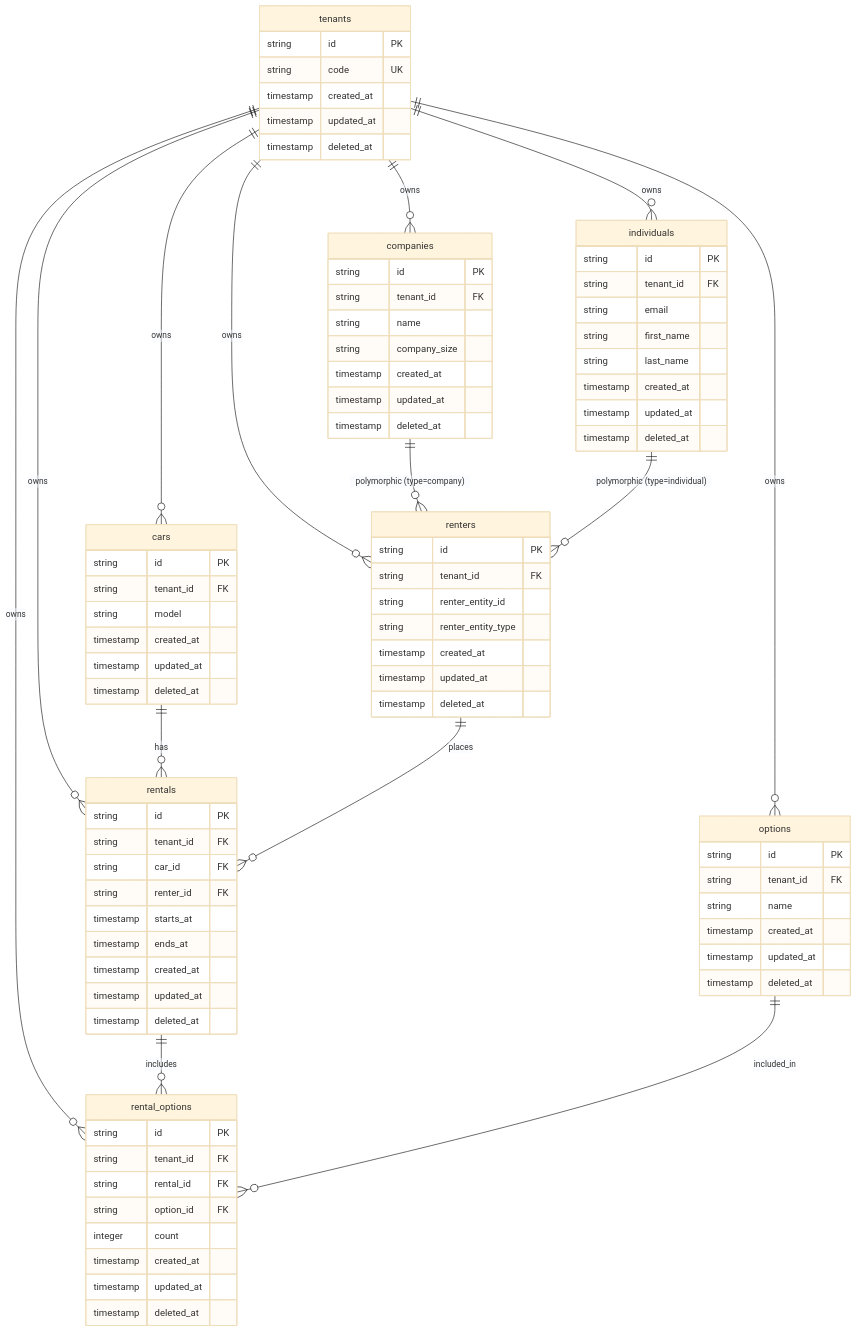
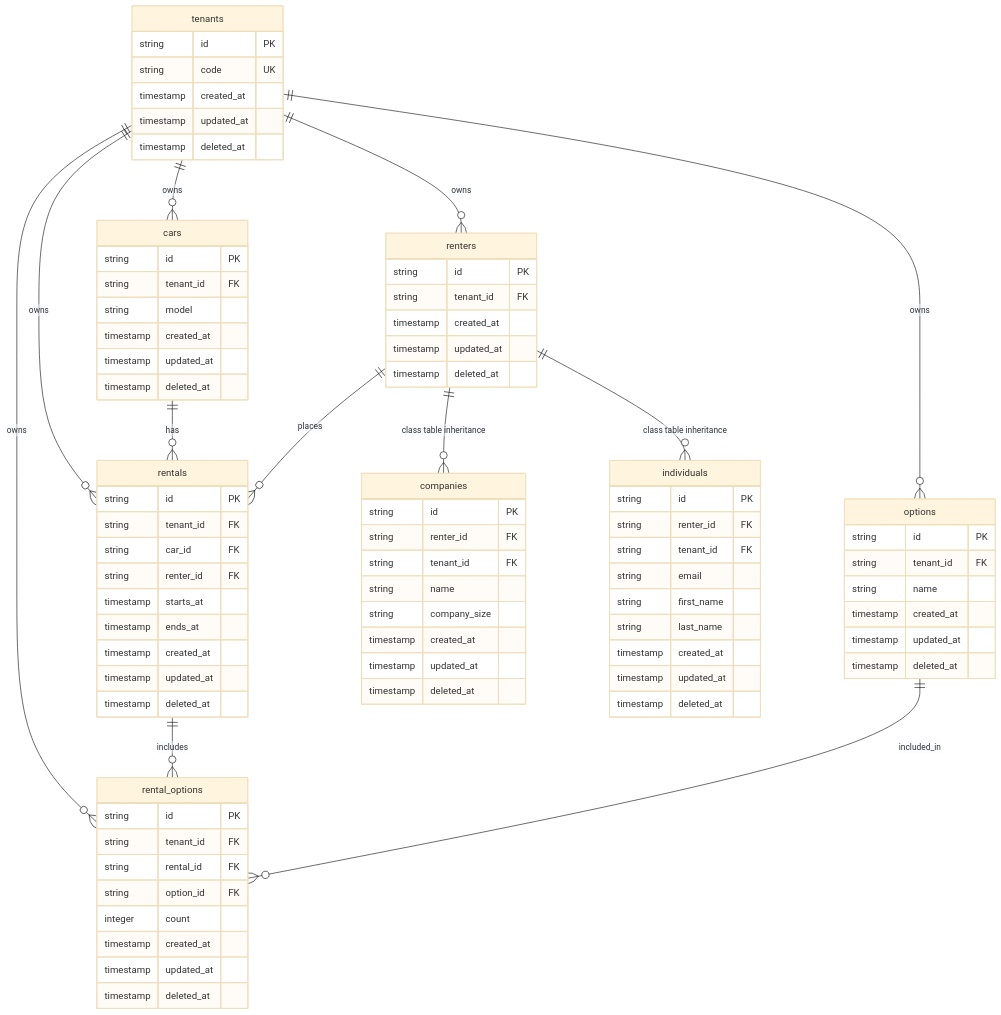
One commit to jp-ryuji/go-arch-patterns changed the second of 2 diagrams in docs/er-diagram.md. Above: the diagram before and after it, drawn with Mermaid (base theme). The commit also changed other lines of this file and 21 other files, not shown here.

Commit message:
change Polymorphic Association to Class Table Inheritance

````diff
--- a/docs/er-diagram.md
+++ b/docs/er-diagram.md
@@ -67,15 +70,13 @@
 ```mermaid
 erDiagram
+    tenants ||--o{ renters : owns
     tenants ||--o{ cars : owns
-    tenants ||--o{ companies : owns
-    tenants ||--o{ individuals : owns
-    tenants ||--o{ renters : owns
     tenants ||--o{ rentals : owns
     tenants ||--o{ options : owns
     tenants ||--o{ rental_options : owns
 
-    companies ||--o{ renters : "polymorphic (type=company)"
-    individuals ||--o{ renters : "polymorphic (type=individual)"
+    renters ||--o{ companies : "class table inheritance"
+    renters ||--o{ individuals : "class table inheritance"
 
     cars ||--o{ rentals : has
     renters ||--o{ rentals : places
@@ -91,10 +92,9 @@
         timestamp deleted_at
     }
 
-    cars {
+    renters {
         string id PK
         string tenant_id FK
-        string model
         timestamp created_at
         timestamp updated_at
         timestamp deleted_at
@@ -102,6 +102,7 @@
 
     companies {
         string id PK
+        string renter_id FK
         string tenant_id FK
         string name
         string company_size
@@ -112,6 +113,7 @@
 
     individuals {
         string id PK
+        string renter_id FK
         string tenant_id FK
         string email
         string first_name
@@ -121,11 +123,10 @@
         timestamp deleted_at
     }
 
-    renters {
+    cars {
         string id PK
         string tenant_id FK
-        string renter_entity_id
-        string renter_entity_type
+        string model
         timestamp created_at
         timestamp updated_at
         timestamp deleted_at
````
